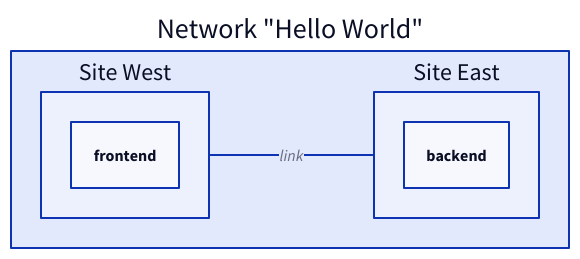
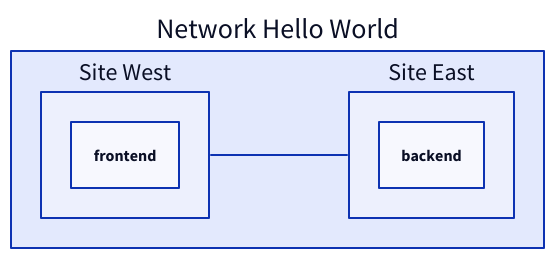
The diagram in input/concepts/images/network-2.d2 (skupperproject/refdog), drawn with D2 before and after one commit. The commit also changed 7 other files, not shown here.

```diff
--- a/input/concepts/images/network-2.d2
+++ b/input/concepts/images/network-2.d2
@@ -1,13 +1,13 @@
 direction: right
 
-Network "Hello World": {
-  Site West -- Site East: link
+Network Hello World: {
+  Site West -- Site East
 
   Site West: {
     frontend
   }
 
   Site East: {
     backend
   }
 }
```
